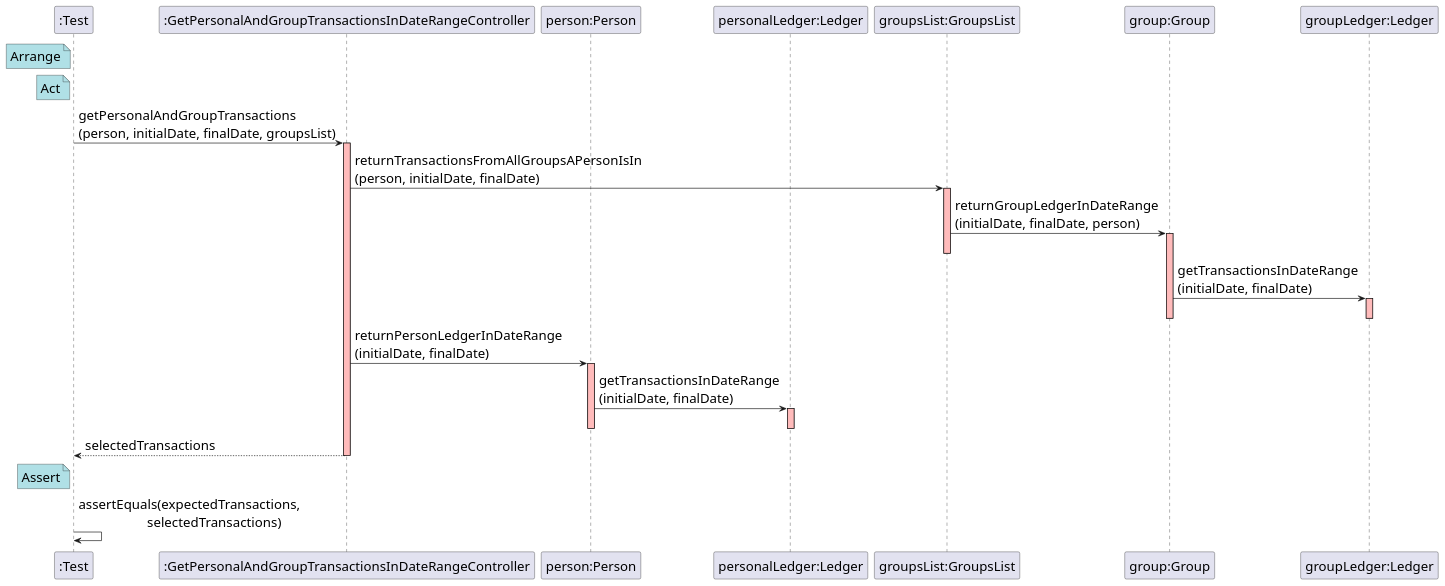
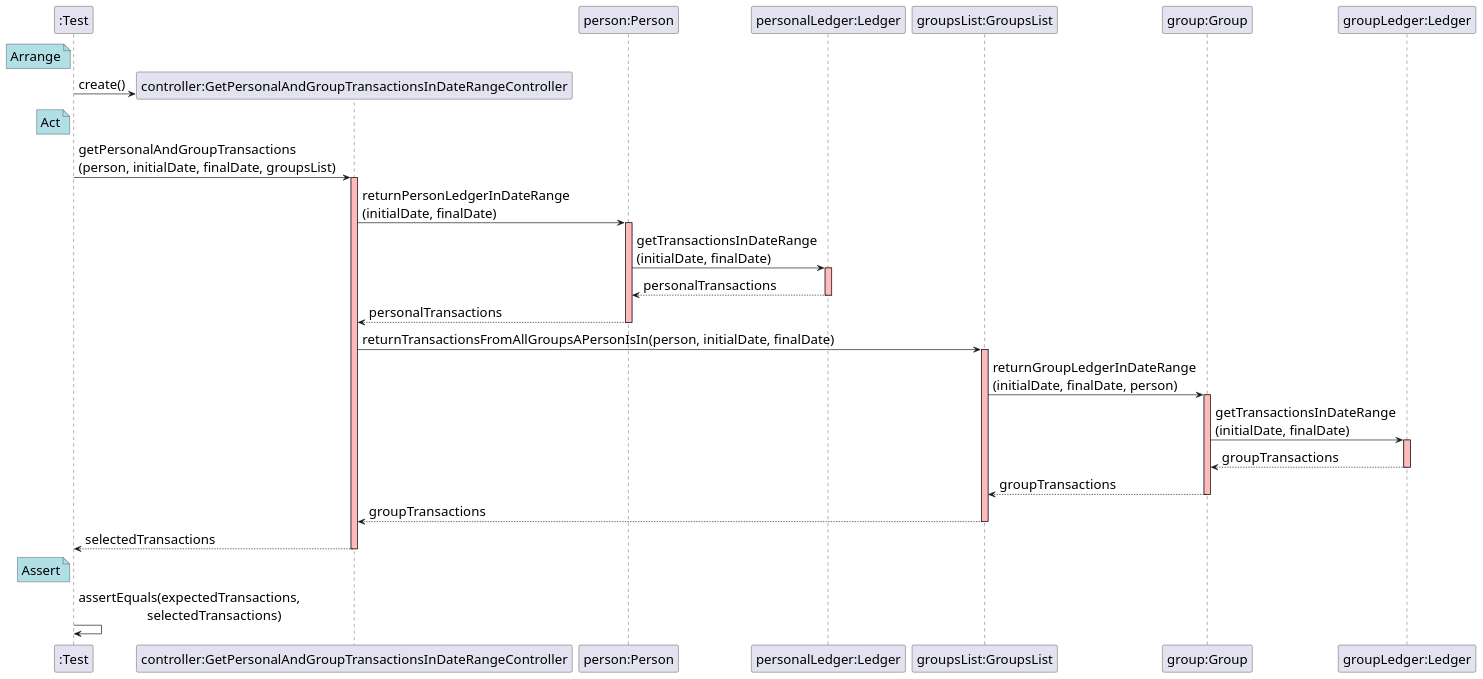
One commit to mleitaoribeiro/DevOpsMaven changed the diagram in docs/SequenceDiagram - US019.puml. Above: the diagram before and after it, drawn with PlantUML. The commit also changed 1 other file, not shown here.

```diff
--- a/docs/SequenceDiagram - US019.puml
+++ b/docs/SequenceDiagram - US019.puml
@@ -1,49 +1,55 @@
 @startuml
 skinparam DefaultFontSize 20
 participant ":Test"
 note left of ":Test" #powderblue
 	Arrange
 end note
-participant ":GetPersonalAndGroupTransactionsInDateRangeController"
+
+create "controller:GetPersonalAndGroupTransactionsInDateRangeController"
+":Test" -> "controller:GetPersonalAndGroupTransactionsInDateRangeController" : create()
+
 participant "person:Person"
 participant "personalLedger:Ledger"
 participant "groupsList:GroupsList"
 participant "group:Group"
 participant "groupLedger:Ledger"
 
 note left of ":Test" #powderblue
 	Act
 end note
 
-":Test" -> ":GetPersonalAndGroupTransactionsInDateRangeController" : getPersonalAndGroupTransactions\n(person, initialDate, finalDate, groupsList)
-activate ":GetPersonalAndGroupTransactionsInDateRangeController" #FFBBBB
+":Test" -> "controller:GetPersonalAndGroupTransactionsInDateRangeController" : getPersonalAndGroupTransactions\n(person, initialDate, finalDate, groupsList)
+activate "controller:GetPersonalAndGroupTransactionsInDateRangeController" #FFBBBB
 
-":GetPersonalAndGroupTransactionsInDateRangeController" -> "groupsList:GroupsList" : returnTransactionsFromAllGroupsAPersonIsIn\n(person, initialDate, finalDate)
+"controller:GetPersonalAndGroupTransactionsInDateRangeController" -> "person:Person" : returnPersonLedgerInDateRange\n(initialDate, finalDate)
+activate "person:Person" #FFBBBB
+"person:Person" -> "personalLedger:Ledger" : getTransactionsInDateRange\n(initialDate, finalDate)
+activate "personalLedger:Ledger" #FFBBBB
+"personalLedger:Ledger" --> "person:Person" : personalTransactions
+deactivate "personalLedger:Ledger" #FFBBBB
+"person:Person" --> "controller:GetPersonalAndGroupTransactionsInDateRangeController" : personalTransactions
+deactivate "person:Person"
+
+"controller:GetPersonalAndGroupTransactionsInDateRangeController" -> "groupsList:GroupsList" : returnTransactionsFromAllGroupsAPersonIsIn(person, initialDate, finalDate)
 activate "groupsList:GroupsList" #FFBBBB
-
 "groupsList:GroupsList" -> "group:Group" : returnGroupLedgerInDateRange\n(initialDate, finalDate, person)
 activate "group:Group" #FFBBBB
-deactivate "groupsList:GroupsList"
 "group:Group" -> "groupLedger:Ledger" : getTransactionsInDateRange\n(initialDate, finalDate)
 activate "groupLedger:Ledger" #FFBBBB
+"groupLedger:Ledger" --> "group:Group" : groupTransactions
 deactivate "groupLedger:Ledger" #FFBBBB
+"group:Group" --> "groupsList:GroupsList" : groupTransactions
 deactivate "group:Group"
+"groupsList:GroupsList" --> "controller:GetPersonalAndGroupTransactionsInDateRangeController" : groupTransactions
+deactivate "groupsList:GroupsList"
 
-":GetPersonalAndGroupTransactionsInDateRangeController" -> "person:Person" : returnPersonLedgerInDateRange\n(initialDate, finalDate)
-activate "person:Person" #FFBBBB
-
-"person:Person" -> "personalLedger:Ledger" : getTransactionsInDateRange\n(initialDate, finalDate)
-activate "personalLedger:Ledger" #FFBBBB
-deactivate "personalLedger:Ledger" #FFBBBB
-deactivate "person:Person"
-
-":GetPersonalAndGroupTransactionsInDateRangeController" --> ":Test" : selectedTransactions
-deactivate ":GetPersonalAndGroupTransactionsInDateRangeController" #FFBBBB
+"controller:GetPersonalAndGroupTransactionsInDateRangeController" --> ":Test" : selectedTransactions
+deactivate "controller:GetPersonalAndGroupTransactionsInDateRangeController" #FFBBBB
 
 note left of ":Test" #powderblue
 	Assert
 end note
 
 ":Test" -> ":Test" : assertEquals(expectedTransactions, \n                    selectedTransactions)
 
 @enduml
```
